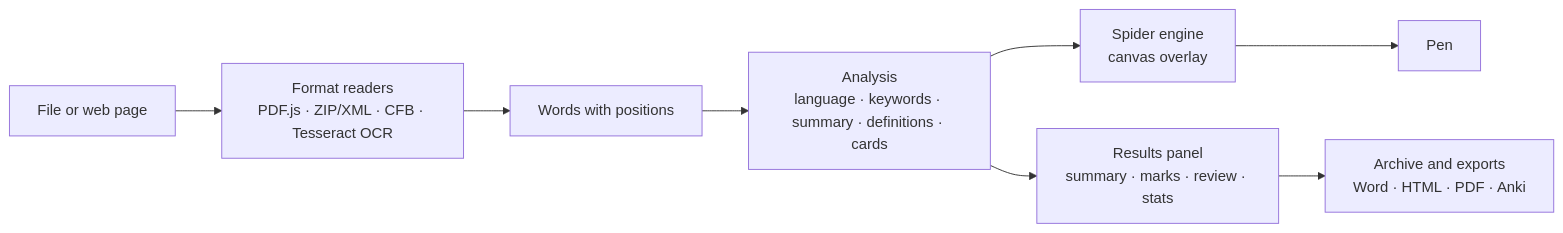
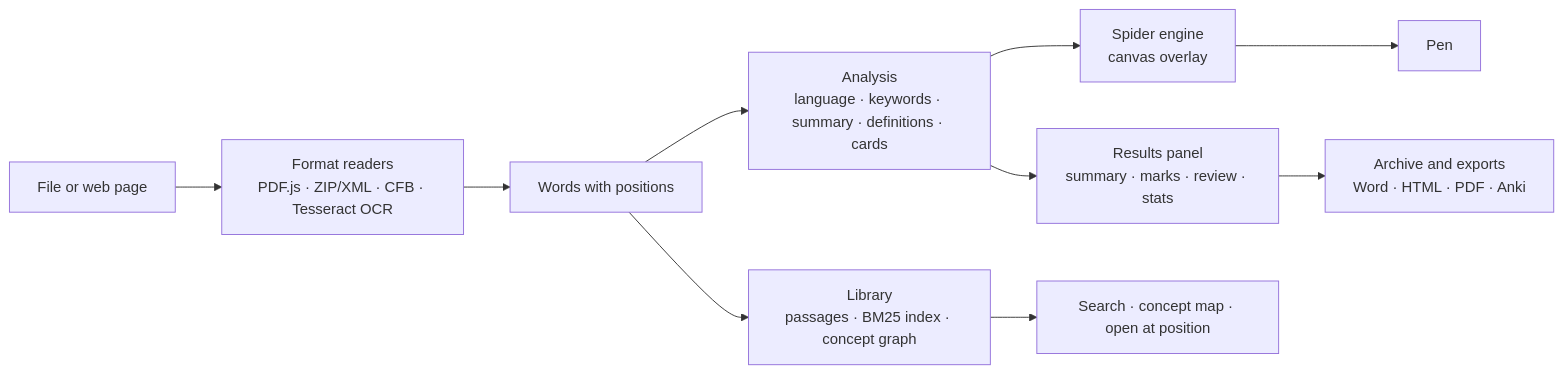
Before and after one commit to davide0707/word-crawler: the diagram in README.md, drawn with Mermaid. The commit also changed other lines of this file and 11 other files, not shown here.

````diff
--- a/README.md
+++ b/README.md
@@ -74,10 +95,12 @@
 ```mermaid
 flowchart LR
   A[File or web page] --> B[Format readers<br/>PDF.js · ZIP/XML · CFB · Tesseract OCR]
   B --> C[Words with positions]
   C --> D[Analysis<br/>language · keywords · summary · definitions · cards]
   D --> E[Spider engine<br/>canvas overlay]
   D --> F[Results panel<br/>summary · marks · review · stats]
   E --> G[Pen]
   F --> H[Archive and exports<br/>Word · HTML · PDF · Anki]
+  C --> L[Library<br/>passages · BM25 index · concept graph]
+  L --> M[Search · concept map · open at position]
 ```
````
